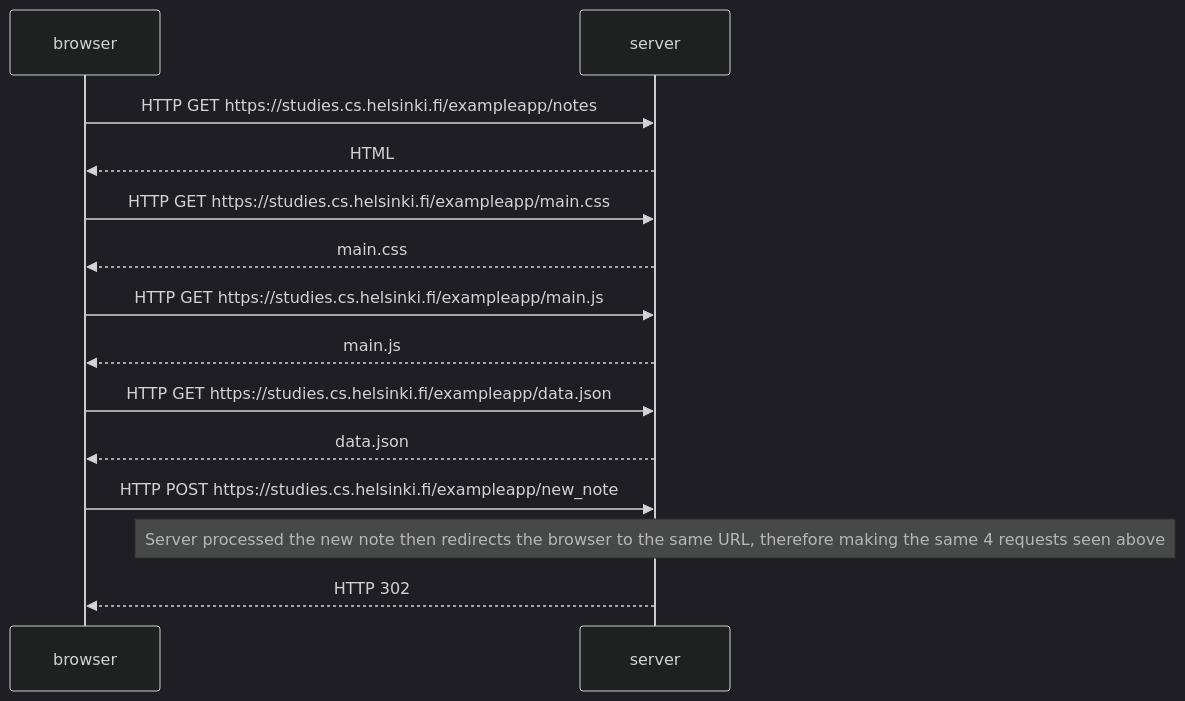
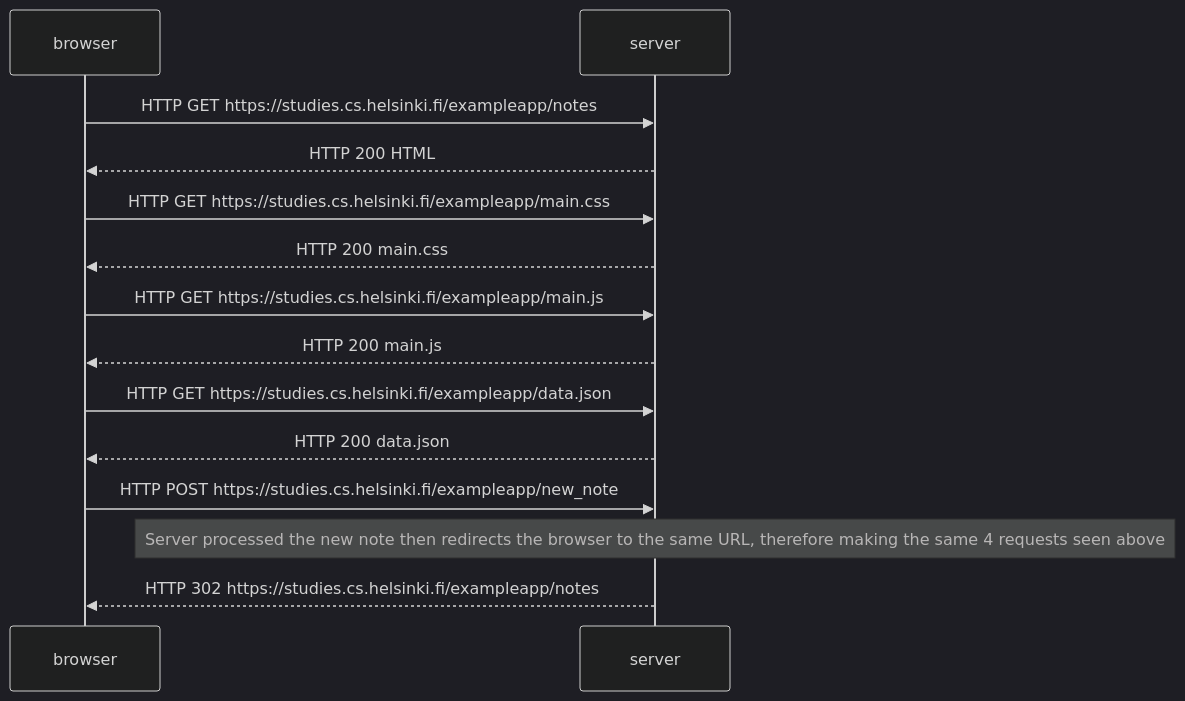
One commit to kannvess/fullstackopen changed the diagram in part0/newnotediagram.md. Above: the diagram before and after it, drawn with Mermaid (dark theme).

Commit message:
Added the HTTP status code for every response from server

````diff
--- a/part0/newnotediagram.md
+++ b/part0/newnotediagram.md
@@ -1,16 +1,16 @@
 ```mermaid
 sequenceDiagram
     participant b as browser
     participant s as server
     b->>s: HTTP GET https://studies.cs.helsinki.fi/exampleapp/notes
-    s-->>b: HTML
+    s-->>b: HTTP 200 HTML
     b->>s: HTTP GET https://studies.cs.helsinki.fi/exampleapp/main.css
-    s-->>b: main.css
+    s-->>b: HTTP 200 main.css
     b->>s: HTTP GET https://studies.cs.helsinki.fi/exampleapp/main.js
-    s-->>b: main.js
+    s-->>b: HTTP 200 main.js
     b->>s: HTTP GET https://studies.cs.helsinki.fi/exampleapp/data.json
-    s-->>b: data.json
+    s-->>b: HTTP 200 data.json
     b->>s: HTTP POST https://studies.cs.helsinki.fi/exampleapp/new_note
     note over s: Server processed the new note then redirects the browser to the same URL, therefore making the same 4 requests seen above
-    s-->>b: HTTP 302
+    s-->>b: HTTP 302 https://studies.cs.helsinki.fi/exampleapp/notes
 ```
````
